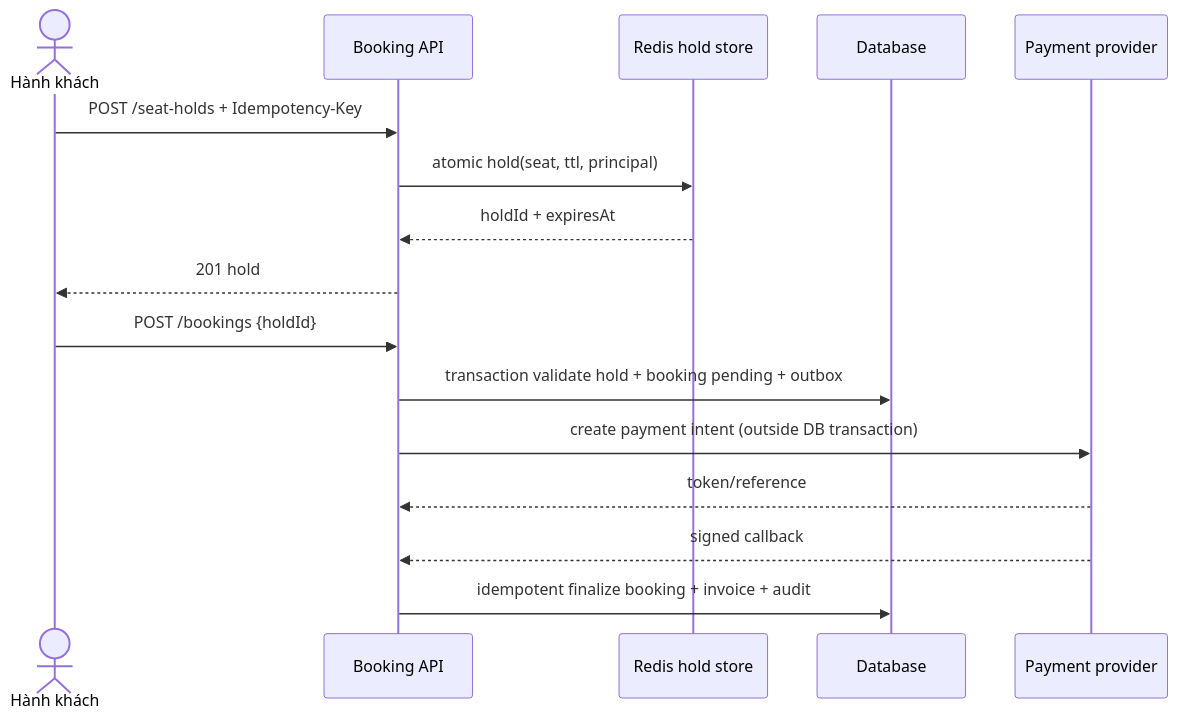
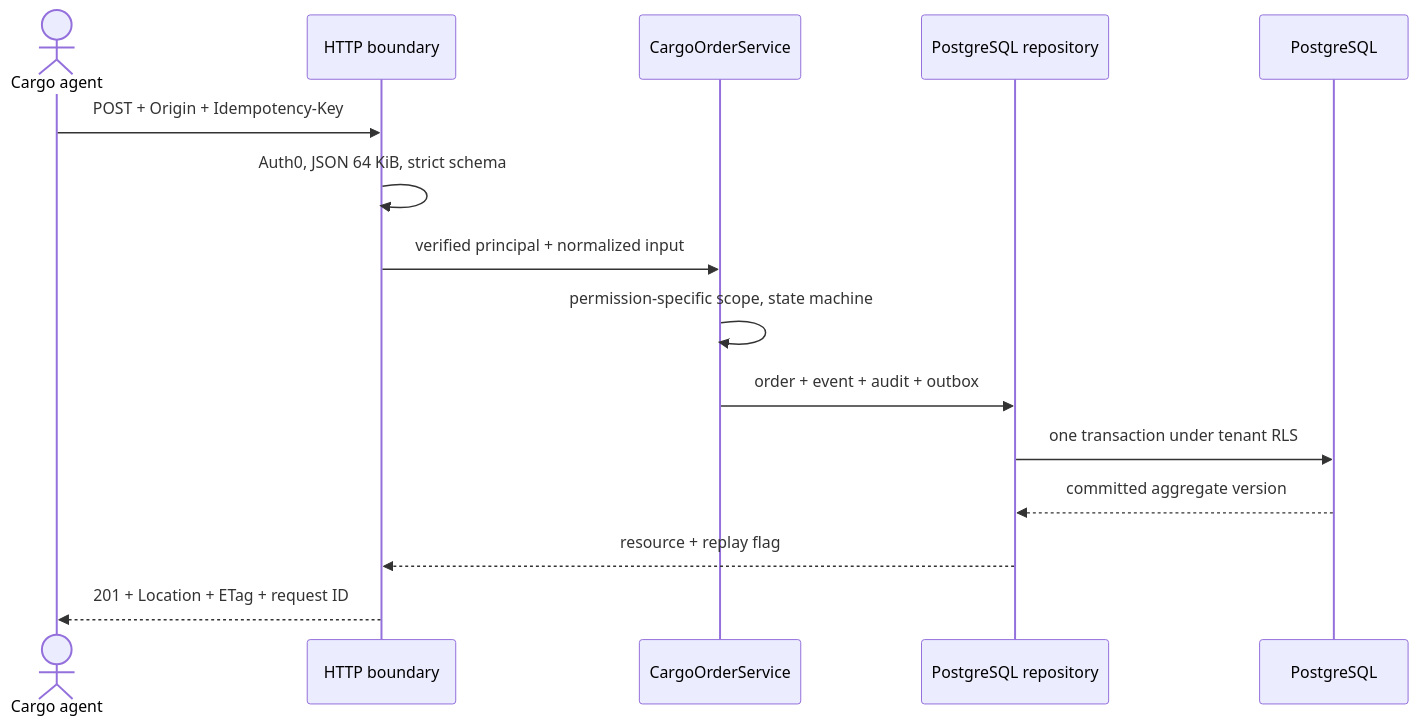
The third of 4 diagrams in docs/ARCHITECTURE.md (QuangHuy71104/kumho-smartops), drawn with Mermaid before and after one commit. The commit also changed other lines of this file and 88 other files, not shown here.

````diff
--- a/docs/ARCHITECTURE.md
+++ b/docs/ARCHITECTURE.md
@@ -190,19 +72,18 @@
 ```mermaid
 sequenceDiagram
-    actor U as Hành khách
-    participant A as Booking API
-    participant R as Redis hold store
-    participant D as Database
-    participant P as Payment provider
+    actor U as Cargo agent
+    participant H as HTTP boundary
+    participant S as CargoOrderService
+    participant R as PostgreSQL repository
+    participant P as PostgreSQL
 
-    U->>A: POST /seat-holds + Idempotency-Key
-    A->>R: atomic hold(seat, ttl, principal)
-    R-->>A: holdId + expiresAt
-    A-->>U: 201 hold
-    U->>A: POST /bookings {holdId}
-    A->>D: transaction validate hold + booking pending + outbox
-    A->>P: create payment intent (outside DB transaction)
-    P-->>A: token/reference
-    P-->>A: signed callback
-    A->>D: idempotent finalize booking + invoice + audit
+    U->>H: POST + Origin + Idempotency-Key
+    H->>H: Auth0, JSON 64 KiB, strict schema
+    H->>S: verified principal + normalized input
+    S->>S: permission-specific scope, state machine
+    S->>R: order + event + audit + outbox
+    R->>P: one transaction under tenant RLS
+    P-->>R: committed aggregate version
+    R-->>H: resource + replay flag
+    H-->>U: 201 + Location + ETag + request ID
 ```
````
